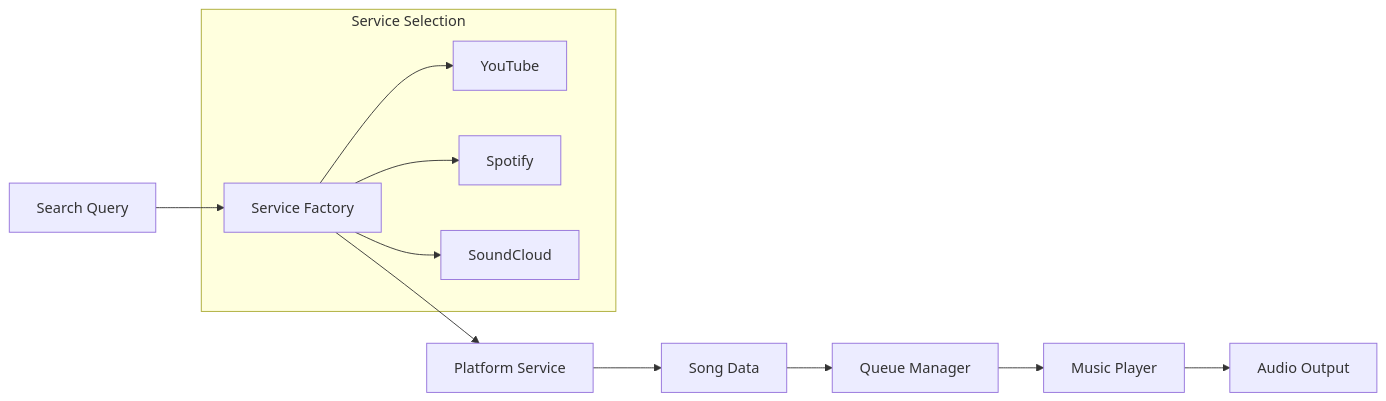
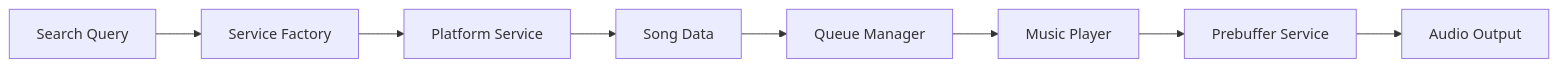
Before and after one commit to baguilartech/AMBER: the third of 3 diagrams in wiki/Development/Architecture.md, drawn with Mermaid. The commit also changed other lines of this file and 12 other files, not shown here.

````diff
--- a/wiki/Development/Architecture.md
+++ b/wiki/Development/Architecture.md
@@ -199,15 +170,10 @@
 ```mermaid
 flowchart LR
     Q[Search Query] --> SF[Service Factory]
     SF --> PS[Platform Service]
     PS --> SD[Song Data]
     SD --> QM[Queue Manager]
     QM --> MP[Music Player]
-    MP --> AO[Audio Output]
-    
-    subgraph "Service Selection"
-        SF --> YT[YouTube]
-        SF --> SP[Spotify]
-        SF --> SC[SoundCloud]
-    end
+    MP --> PBS[Prebuffer Service]
+    PBS --> AO[Audio Output]
 ```
````
